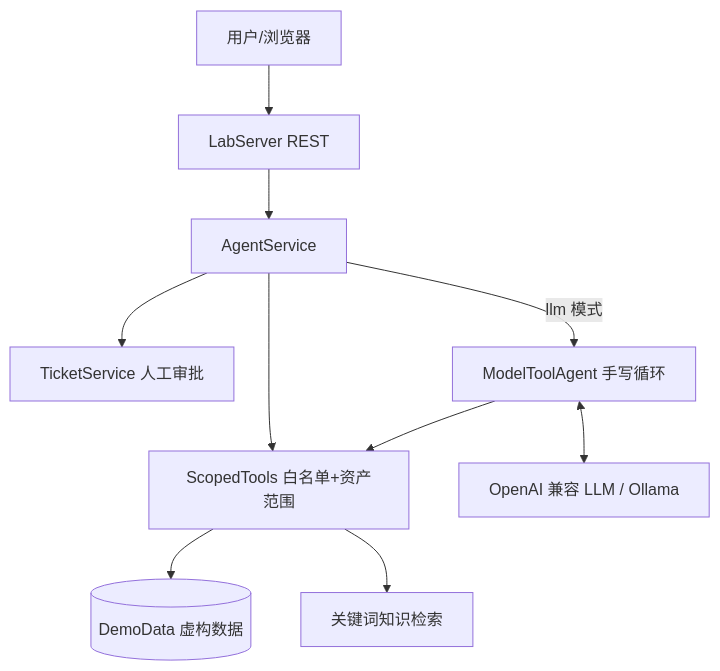
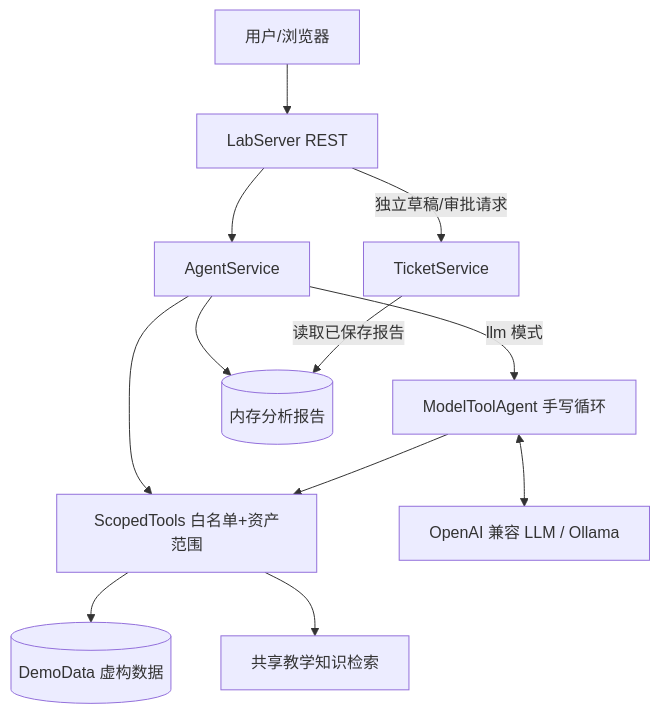
The first of 2 diagrams in docs/02-架构与执行链路.md (yuxuefenfei/asset-security-agent-lab), drawn with Mermaid before and after one commit. The commit also changed other lines of this file and 24 other files, not shown here.

````diff
--- a/docs/02-架构与执行链路.md
+++ b/docs/02-架构与执行链路.md
@@ -5,12 +5,14 @@
 ```mermaid
 flowchart TB
     U[用户/浏览器] --> H[LabServer REST]
     H --> A[AgentService]
     A --> S[ScopedTools 白名单+资产范围]
     S --> DB[(DemoData 虚构数据)]
-    S --> K[关键词知识检索]
-    A --> T[TicketService 人工审批]
+    S --> K[共享教学知识检索]
     A -->|llm 模式| M[ModelToolAgent 手写循环]
     M <--> L[OpenAI 兼容 LLM / Ollama]
     M --> S
+    A --> R[(内存分析报告)]
+    H -->|独立草稿/审批请求| T[TicketService]
+    T -->|读取已保存报告| R
 ```
````
